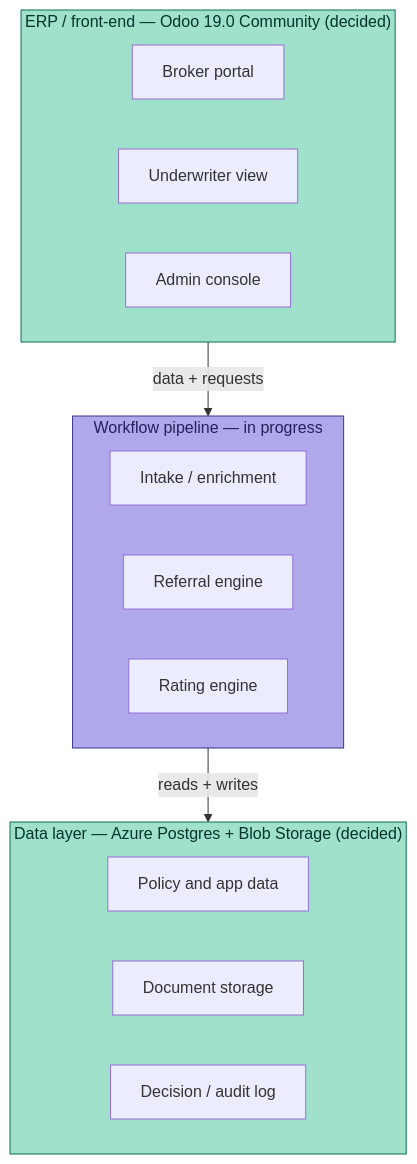
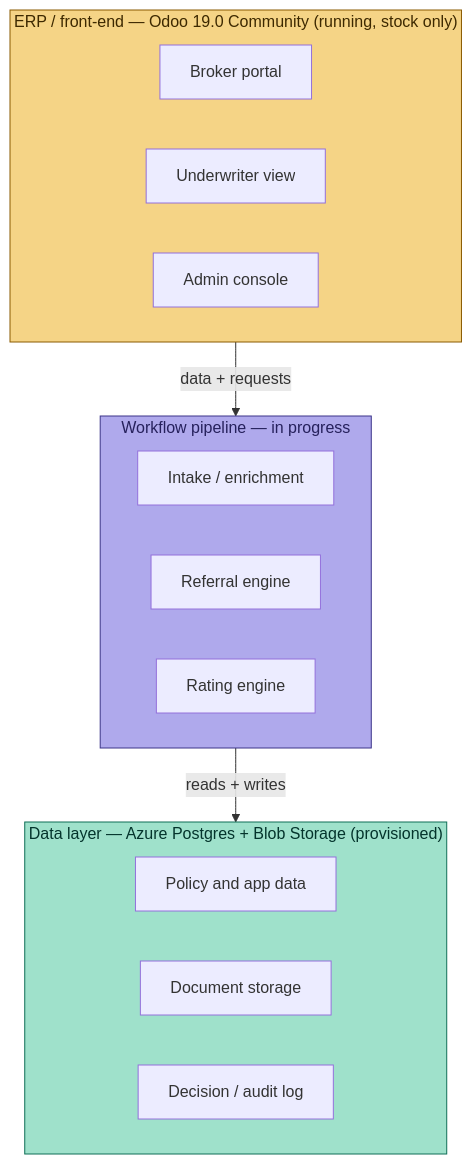
The diagram in README.md (jrbroedel/ai-ins-full-company), drawn with Mermaid before and after one commit. The commit also changed other lines of this file and 1 other file, not shown here.

Commit message:
Install Odoo 19.0 on luxauto-odoo; add ADR 0009, update README

````diff
--- a/README.md
+++ b/README.md
@@ -9,30 +9,30 @@
 ```mermaid
 flowchart TD
-    subgraph ERP["ERP / front-end — Odoo 19.0 Community (decided)"]
+    subgraph ERP["ERP / front-end — Odoo 19.0 Community (running, stock only)"]
         direction LR
         BP[Broker portal]
         UW[Underwriter view]
         AC[Admin console]
     end
 
     subgraph WF["Workflow pipeline — in progress"]
         direction LR
         IE[Intake / enrichment]
         RE[Referral engine]
         RT[Rating engine]
     end
 
-    subgraph DL["Data layer — Azure Postgres + Blob Storage (decided)"]
+    subgraph DL["Data layer — Azure Postgres + Blob Storage (provisioned)"]
         direction LR
         PA[Policy and app data]
         DS[Document storage]
         DA[Decision / audit log]
     end
 
     ERP -->|data + requests| WF
     WF -->|reads + writes| DL
 
-    style ERP fill:#9FE1CB,stroke:#0F6E56,color:#04342C
+    style ERP fill:#F5D486,stroke:#8A5A00,color:#3D2900
     style DL fill:#9FE1CB,stroke:#0F6E56,color:#04342C
     style WF fill:#AFA9EC,stroke:#3C3489,color:#26215C
 ```
````
